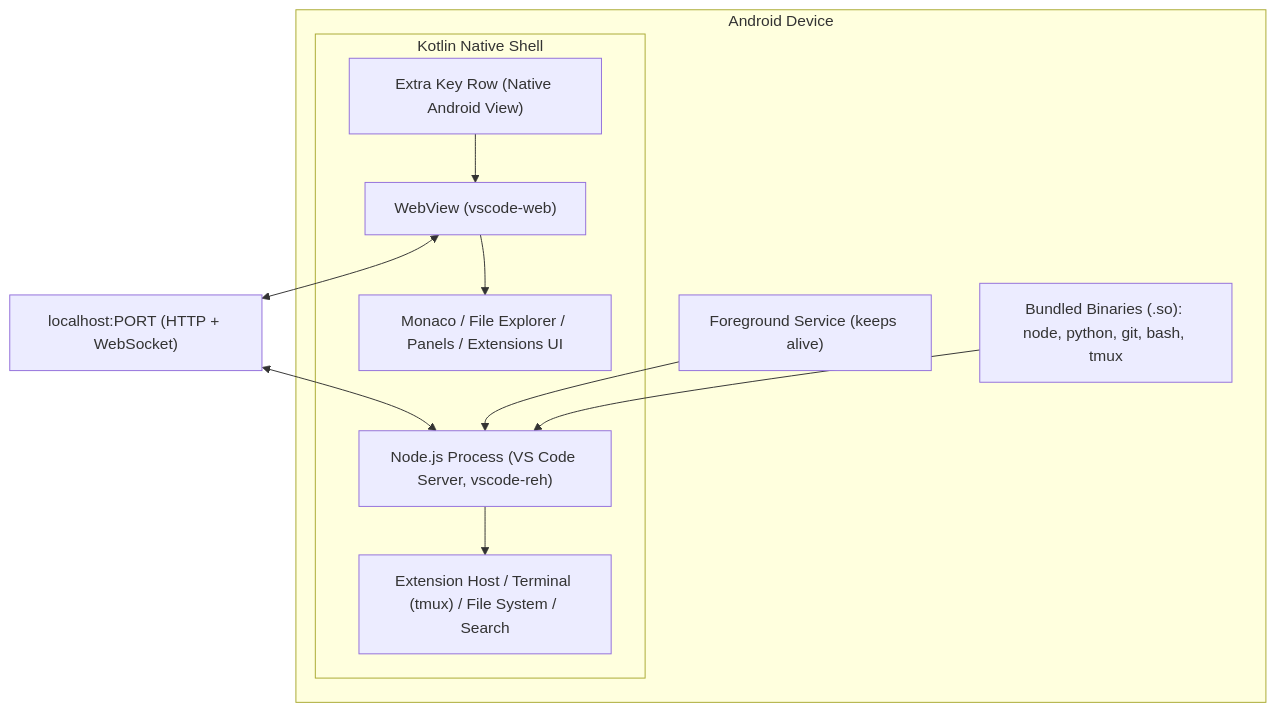
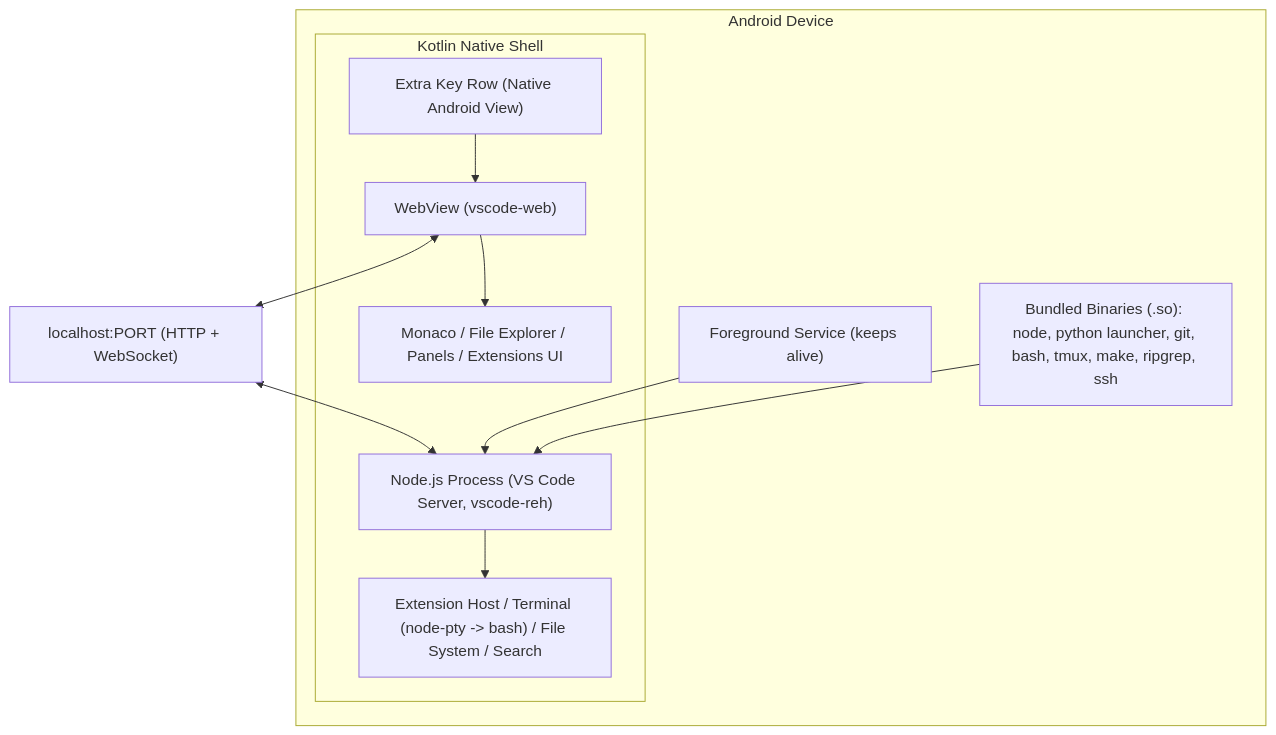
One commit to cuixinyuan666/vscodroid changed the first of 12 diagrams in docs/03-ARCHITECTURE.md. Above: the diagram before and after it, drawn with Mermaid. The commit also changed other lines of this file and 11 other files, not shown here.

````diff
--- a/docs/03-ARCHITECTURE.md
+++ b/docs/03-ARCHITECTURE.md
@@ -22,22 +22,22 @@
 ```mermaid
 flowchart TD
   subgraph DEVICE["Android Device"]
     subgraph SHELL["Kotlin Native Shell"]
       WV["WebView (vscode-web)"]
       UI["Monaco / File Explorer / Panels / Extensions UI"]
       NODE["Node.js Process (VS Code Server, vscode-reh)"]
-      SRV["Extension Host / Terminal (tmux) / File System / Search"]
+      SRV["Extension Host / Terminal (node-pty -> bash) / File System / Search"]
       EXTRA["Extra Key Row (Native Android View)"]
       WV --> UI
       NODE --> SRV
       EXTRA --> WV
     end
     FG["Foreground Service (keeps alive)"]
-    BIN["Bundled Binaries (.so): node, python, git, bash, tmux"]
+    BIN["Bundled Binaries (.so): node, python launcher, git, bash, tmux, make, ripgrep, ssh"]
   end
 
   WV <--> LOCAL["localhost:PORT (HTTP + WebSocket)"]
   LOCAL <--> NODE
   FG --> NODE
   BIN --> NODE
 ```
````
